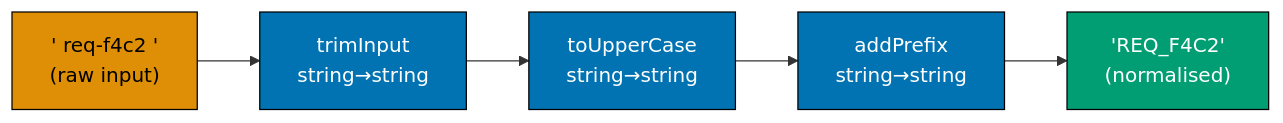
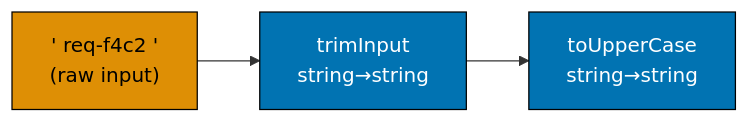
Before and after one commit to wahidyankf/open-sharia-enterprise: the first of 14 diagrams in apps/ayokoding-web/content/en/learn/software-engineering/software-architecture/domain-driven-design-ddd/in-fp-by-example/intermediate.md, drawn with Mermaid. The commit also changed other lines of this file and 11 other files, not shown here.

First line of the commit message:
fix(ayokoding-web): repair 28 mermaid violations in expansion files

````diff
--- a/apps/ayokoding-web/content/en/learn/software-engineering/software-architecture/domain-driven-design-ddd/in-fp-by-example/intermediate.md
+++ b/apps/ayokoding-web/content/en/learn/software-engineering/software-architecture/domain-driven-design-ddd/in-fp-by-example/intermediate.md
@@ -32,16 +34,12 @@
 ```mermaid
 graph LR
     In["'  req-f4c2  '\n(raw input)"]
     T["trimInput\nstring→string"]
     U["toUpperCase\nstring→string"]
-    P["addPrefix\nstring→string"]
-    Out["'REQ_F4C2'\n(normalised)"]
 
-    In --> T --> U --> P --> Out
+    In --> T --> U
 
     style In fill:#DE8F05,stroke:#000,color:#000
-    style Out fill:#029E73,stroke:#000,color:#fff
     style T fill:#0173B2,stroke:#000,color:#fff
     style U fill:#0173B2,stroke:#000,color:#fff
-    style P fill:#0173B2,stroke:#000,color:#fff
 ```
````
